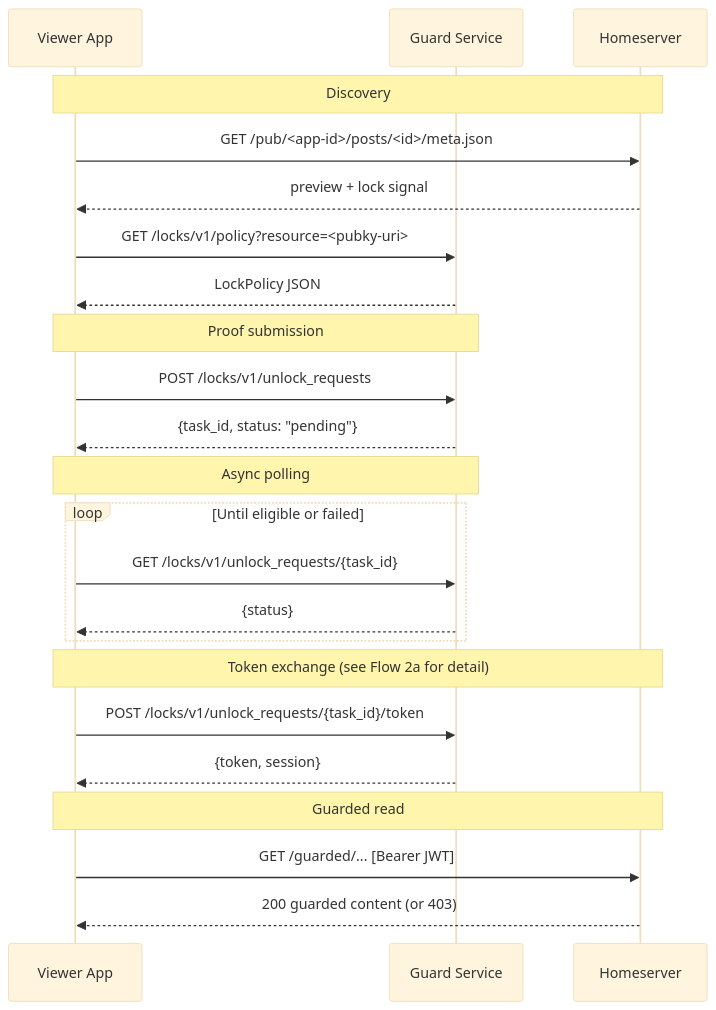
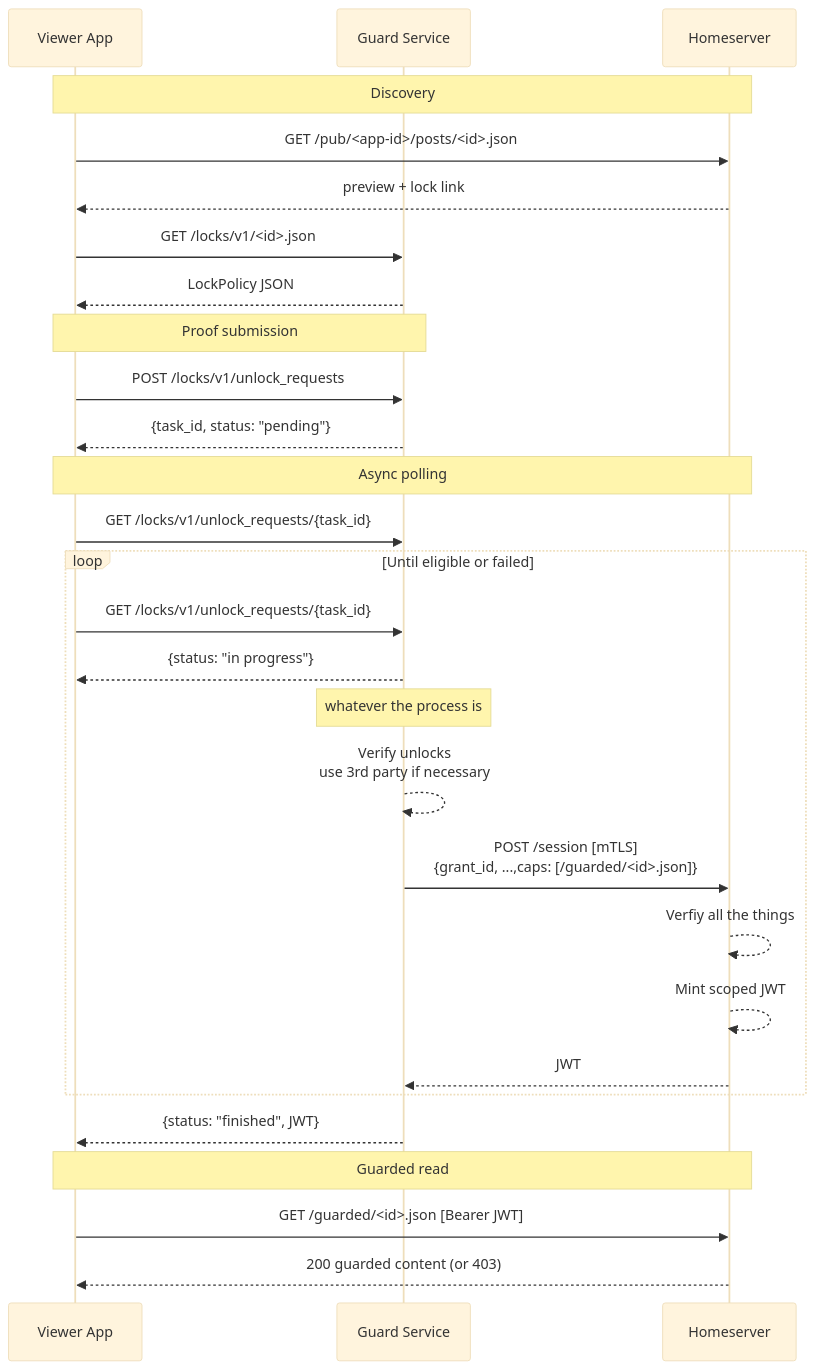
Before and after one commit to BitcoinErrorLog/pubky-locks: the second of 5 diagrams in jwt_proxy_proposal.md, drawn with Mermaid (base theme). The commit also changed other lines of this file, not shown here.

Commit message:
diagrams

````diff
--- a/jwt_proxy_proposal.md
+++ b/jwt_proxy_proposal.md
@@ -124,31 +118,37 @@
 ```mermaid
 sequenceDiagram
   participant V as Viewer App
   participant G as Guard Service
   participant H as Homeserver
 
   Note over V,H: Discovery
-  V->>H: GET /pub/<app-id>/posts/<id>/meta.json
-  H-->>V: preview + lock signal
+  V->>H: GET /pub/<app-id>/posts/<id>.json
+  H-->>V: preview + lock link
 
-  V->>G: GET /locks/v1/policy?resource=<pubky-uri>
+  V->>G: GET /locks/v1/<id>.json
   G-->>V: LockPolicy JSON
 
   Note over V,G: Proof submission
   V->>G: POST /locks/v1/unlock_requests
   G-->>V: {task_id, status: "pending"}
 
-  Note over V,G: Async polling
+  Note over V,H: Async polling
+  V->>G: GET /locks/v1/unlock_requests/{task_id}
   loop Until eligible or failed
     V->>G: GET /locks/v1/unlock_requests/{task_id}
-    G-->>V: {status}
+    G-->>V: {status: "in progress"}
+
+    Note over G,G: whatever the process is
+    G-->>G: Verify unlocks <br/> use 3rd party if necessary
+
+    G->>H: POST /session [mTLS]<br/>{grant_id, ...,caps: [/guarded/<id>.json]}
+    H-->>H: Verfiy all the things
+    H-->>H: Mint scoped JWT
+    H-->>G: JWT
   end
-
-  Note over V,H: Token exchange (see Flow 2a for detail)
-  V->>G: POST /locks/v1/unlock_requests/{task_id}/token
-  G-->>V: {token, session}
+  G-->>V: {status: "finished", JWT}
 
   Note over V,H: Guarded read
-  V->>H: GET /guarded/... [Bearer JWT]
+  V->>H: GET /guarded/<id>.json [Bearer JWT]
   H-->>V: 200 guarded content (or 403)
 ```
````
